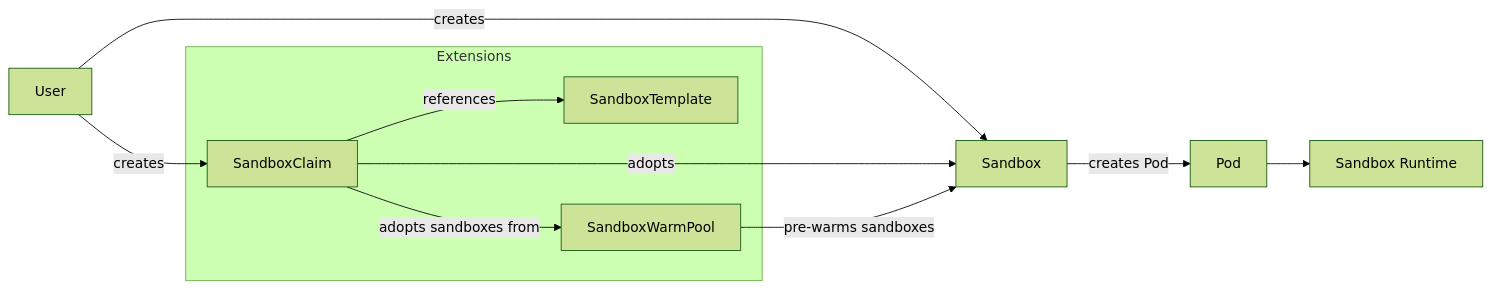
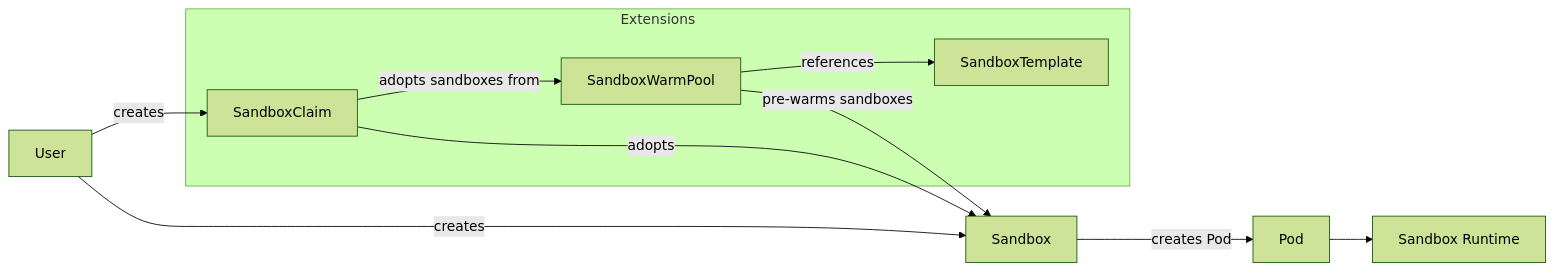
One commit to kubernetes-sigs/agent-sandbox changed the diagram in README.md. Above: the diagram before and after it, drawn with Mermaid (forest theme). The commit also changed other lines of this file and 74 other files, not shown here.

````diff
--- a/README.md
+++ b/README.md
@@ -46,38 +46,38 @@
 ```mermaid
 flowchart LR
 
     User[User]
 
     Claim[SandboxClaim]
     Template[SandboxTemplate]
     Sandbox[Sandbox]
 
     Pod[Pod]
     Runtime[Sandbox Runtime]
 
     WarmPool[SandboxWarmPool]
 
     subgraph Extensions[Extensions]
       Claim
       Template
       WarmPool
     end
 
     %% User paths
     User -->|creates| Sandbox
     User -->|creates| Claim
 
     %% Claim workflow
-    Claim -->|references| Template
+    WarmPool -->|references| Template
     Claim -->|adopts| Sandbox
 
     %% Pod handling
     Claim -->|adopts sandboxes from| WarmPool
     Sandbox -->|creates Pod| Pod
 
     %% Runtime
     Pod --> Runtime
 
     %% Warm pool
     WarmPool -->|pre-warms sandboxes| Sandbox
 ```
````
